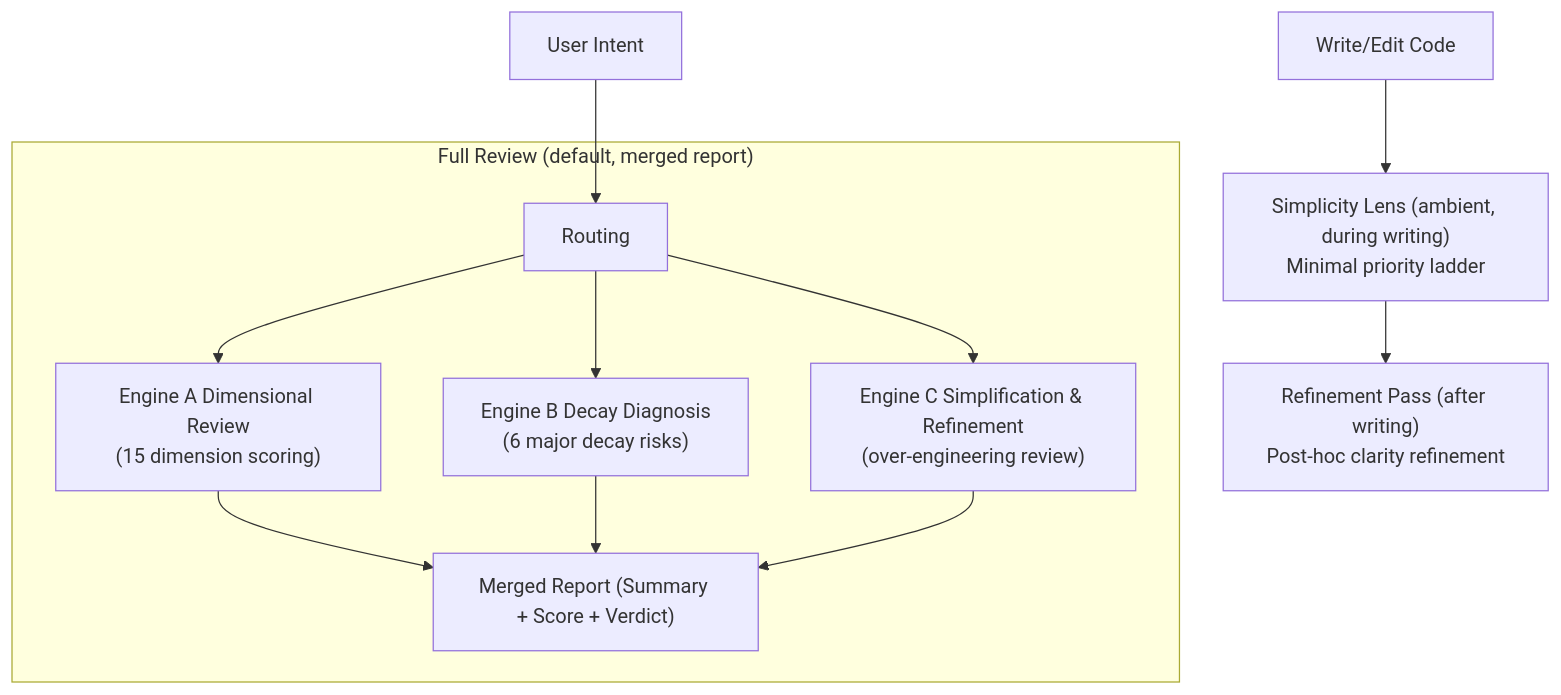
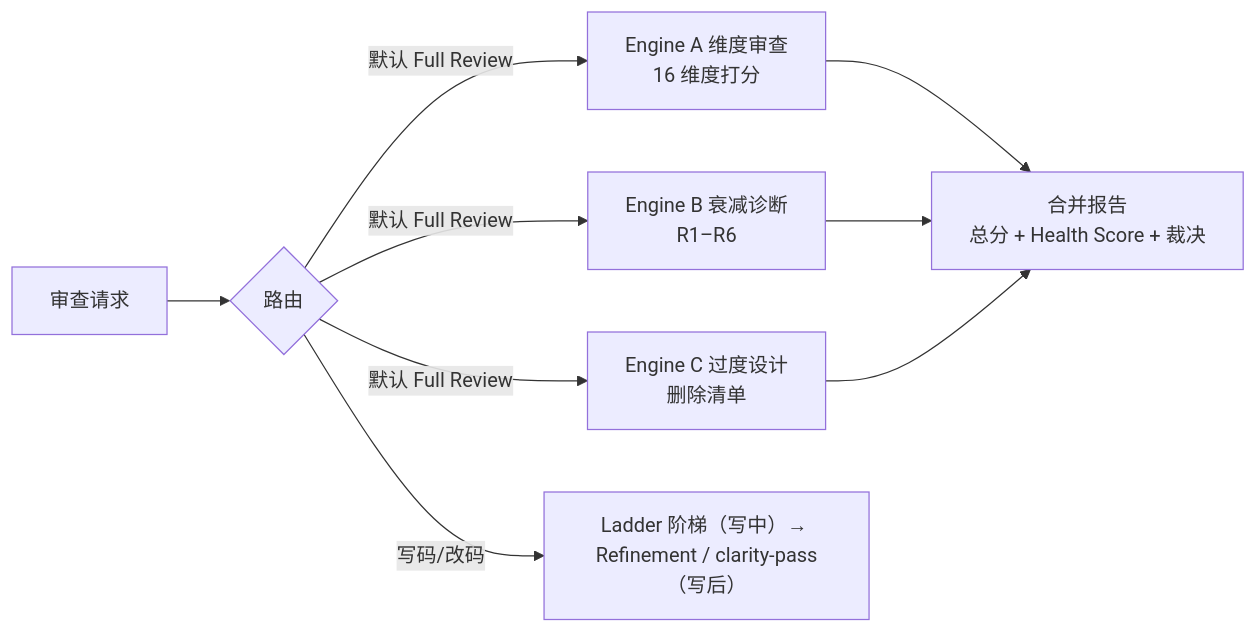
One commit to Kirky-X/diting changed the diagram in README.md. Above: the diagram before and after it, drawn with Mermaid. The commit also changed other lines of this file and 1 other file, not shown here.

````diff
--- a/README.md
+++ b/README.md
@@ -125,14 +61,11 @@
 ```mermaid
-flowchart TD
-    User["User Intent"] --> Route["Routing"]
-    subgraph Full["Full Review (default, merged report)"]
-        Route --> EA["Engine A Dimensional Review<br/>(15 dimension scoring)"]
-        Route --> EB["Engine B Decay Diagnosis<br/>(6 major decay risks)"]
-        Route --> EC["Engine C Simplification & Refinement<br/>(over-engineering review)"]
-        EA --> Merge["Merged Report (Summary + Score + Verdict)"]
-        EB --> Merge
-        EC --> Merge
-    end
-    Code["Write/Edit Code"] --> Lens["Simplicity Lens (ambient, during writing)<br/>Minimal priority ladder"]
-    Lens --> Refine["Refinement Pass (after writing)<br/>Post-hoc clarity refinement"]
+flowchart LR
+    Req["审查请求"] --> Route{"路由"}
+    Route -->|默认 Full Review| A["Engine A 维度审查<br/>16 维度打分"]
+    Route -->|默认 Full Review| B["Engine B 衰减诊断<br/>R1–R6"]
+    Route -->|默认 Full Review| C["Engine C 过度设计<br/>删除清单"]
+    A --> M["合并报告<br/>总分 + Health Score + 裁决"]
+    B --> M
+    C --> M
+    Route -->|写码/改码| L["Ladder 阶梯（写中）→ Refinement / clarity-pass（写后）"]
 ```
````
